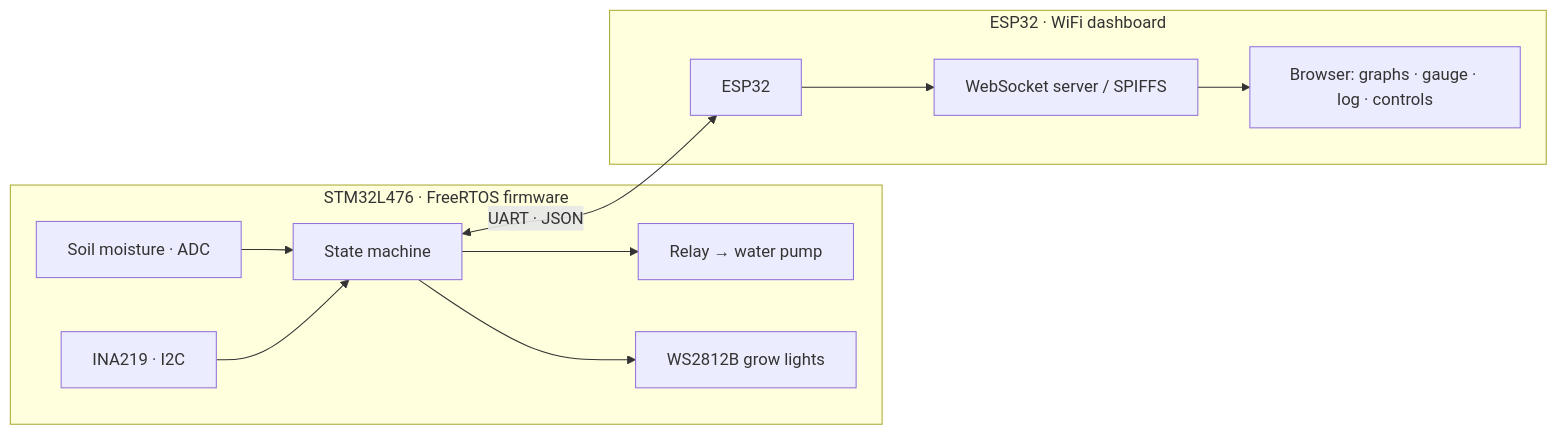
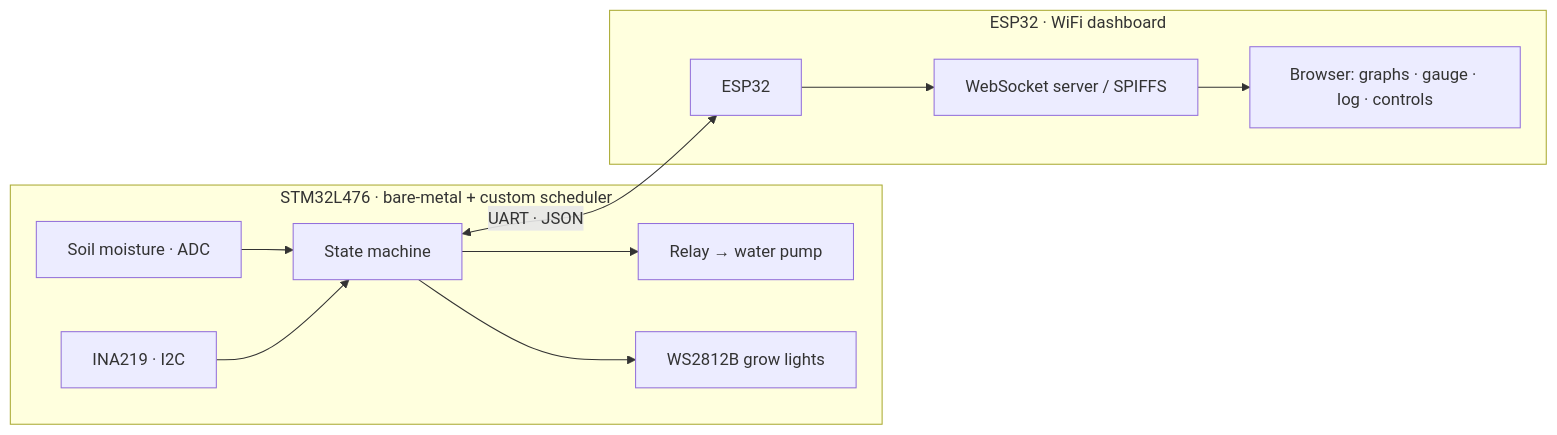
The diagram in README.md (dennisriverab28/hydroponics-automated-plant-system), drawn with Mermaid before and after one commit. The commit also changed other lines of this file, not shown here.

Commit message:
docs: correct README - firmware runs on a custom cooperative scheduler, not FreeRTOS

````diff
--- a/README.md
+++ b/README.md
@@ -43,14 +43,14 @@
 ```mermaid
 flowchart LR
-    subgraph STM32 [STM32L476 · FreeRTOS firmware]
+    subgraph STM32 [STM32L476 · bare-metal + custom scheduler]
         MS[Soil moisture · ADC] --> CORE[State machine]
         INA[INA219 · I2C] --> CORE
         CORE --> PUMP[Relay → water pump]
         CORE --> LED[WS2812B grow lights]
     end
     CORE <-->|UART · JSON| ESP[ESP32]
     subgraph ESP32 [ESP32 · WiFi dashboard]
         ESP --> WS[WebSocket server / SPIFFS]
         WS --> UI[Browser: graphs · gauge · log · controls]
     end
 ```
````
